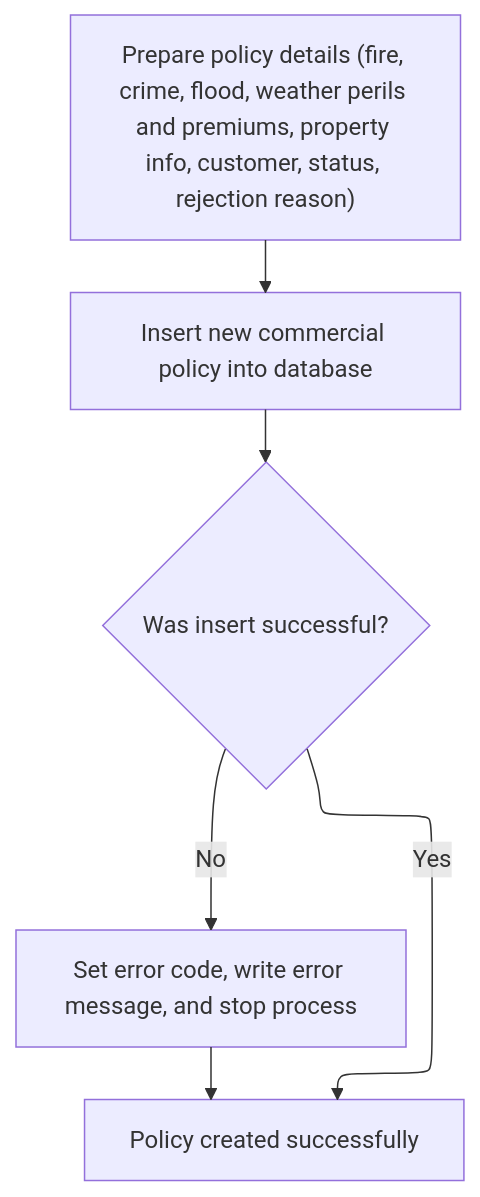
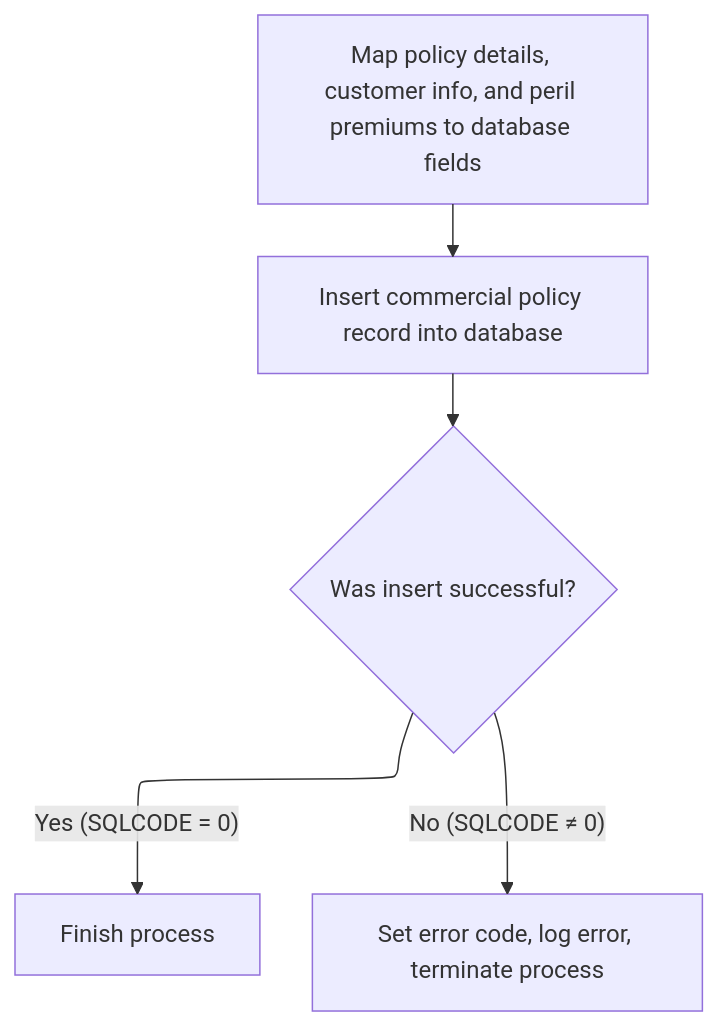
Diagram 14 of 15 in .swm/inserting-insurance-policy-data-lgapdb09.xwl743qs.sw.md (Giri-Swimm/Swimmio-genapp-motor), drawn with Mermaid before and after one commit. The commit also changed other lines of this file and 17 other files, not shown here.

Commit message:
motor policy inquire process as on 11 nov 2025

````diff
--- a/.swm/inserting-insurance-policy-data-lgapdb09.xwl743qs.sw.md
+++ b/.swm/inserting-insurance-policy-data-lgapdb09.xwl743qs.sw.md
@@ -2229,40 +2166,30 @@
 ```mermaid
 %%{init: {"flowchart": {"defaultRenderer": "elk"}} }%%
 flowchart TD
-  node1["Prepare policy details (fire, crime, flood, weather perils and premiums, property info, customer, status, rejection reason)"]
-  click node1 openCode "base/src/lgapdb09.cbl:554:562"
-  node2["Insert new commercial policy into database"]
-  click node2 openCode "base/src/lgapdb09.cbl:565:607"
-  node3{"Was insert successful?"}
-  click node3 openCode "base/src/lgapdb09.cbl:609:609"
-  node4["Policy created successfully"]
-  click node4 openCode "base/src/lgapdb09.cbl:616:616"
-  node5["Set error code, write error message, and stop process"]
-  click node5 openCode "base/src/lgapdb09.cbl:610:615"
-  node1 --> node2
-  node2 --> node3
-  node3 -->|"Yes"| node4
-  node3 -->|"No"| node5
-  node5 --> node4
+    node1["Map policy details, customer info, and peril premiums to database fields"] --> node2["Insert commercial policy record into database"]
+    click node1 openCode "base/src/lgapdb09.cbl:553:563"
+    node2 --> node3{"Was insert successful?"}
+    click node2 openCode "base/src/lgapdb09.cbl:565:607"
+    node3 -->|"Yes (SQLCODE = 0)"| node4["Finish process"]
+    click node3 openCode "base/src/lgapdb09.cbl:609:615"
+    node3 -->|"No (SQLCODE ≠ 0)"| node5["Set error code, log error, terminate process"]
+    click node5 openCode "base/src/lgapdb09.cbl:609:614"
+    click node4 openCode "base/src/lgapdb09.cbl:616:616"
+
 classDef HeadingStyle fill:#777777,stroke:#333,stroke-width:2px;
 
 %% Swimm:
 %% %%{init: {"flowchart": {"defaultRenderer": "elk"}} }%%
 %% flowchart TD
-%%   node1["Prepare policy details (fire, crime, flood, weather perils and premiums, property info, customer, status, rejection reason)"]
-%%   click node1 openCode "<SwmPath>[base/src/lgapdb09.cbl](base/src/lgapdb09.cbl)</SwmPath>:554:562"
-%%   node2["Insert new commercial policy into database"]
-%%   click node2 openCode "<SwmPath>[base/src/lgapdb09.cbl](base/src/lgapdb09.cbl)</SwmPath>:565:607"
-%%   node3{"Was insert successful?"}
-%%   click node3 openCode "<SwmPath>[base/src/lgapdb09.cbl](base/src/lgapdb09.cbl)</SwmPath>:609:609"
-%%   node4["Policy created successfully"]
-%%   click node4 openCode "<SwmPath>[base/src/lgapdb09.cbl](base/src/lgapdb09.cbl)</SwmPath>:616:616"
-%%   node5["Set error code, write error message, and stop process"]
-%%   click node5 openCode "<SwmPath>[base/src/lgapdb09.cbl](base/src/lgapdb09.cbl)</SwmPath>:610:615"
-%%   node1 --> node2
-%%   node2 --> node3
-%%   node3 -->|"Yes"| node4
-%%   node3 -->|"No"| node5
-%%   node5 --> node4
+%%     node1["Map policy details, customer info, and peril premiums to database fields"] --> node2["Insert commercial policy record into database"]
+%%     click node1 openCode "<SwmPath>[base/src/lgapdb09.cbl](base/src/lgapdb09.cbl)</SwmPath>:553:563"
+%%     node2 --> node3{"Was insert successful?"}
+%%     click node2 openCode "<SwmPath>[base/src/lgapdb09.cbl](base/src/lgapdb09.cbl)</SwmPath>:565:607"
+%%     node3 -->|"Yes (SQLCODE = 0)"| node4["Finish process"]
+%%     click node3 openCode "<SwmPath>[base/src/lgapdb09.cbl](base/src/lgapdb09.cbl)</SwmPath>:609:615"
+%%     node3 -->|"No (SQLCODE ≠ 0)"| node5["Set error code, log error, terminate process"]
+%%     click node5 openCode "<SwmPath>[base/src/lgapdb09.cbl](base/src/lgapdb09.cbl)</SwmPath>:609:614"
+%%     click node4 openCode "<SwmPath>[base/src/lgapdb09.cbl](base/src/lgapdb09.cbl)</SwmPath>:616:616"
+%% 
 %% classDef HeadingStyle fill:#777777,stroke:#333,stroke-width:2px;
 ```
````
